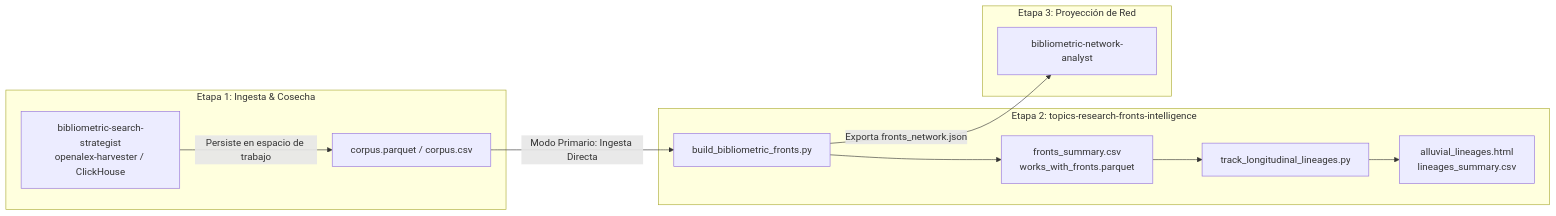
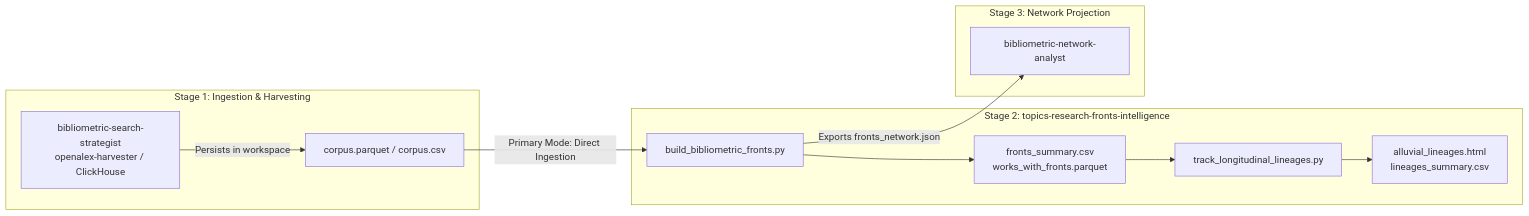
One commit to chilti/sos-mcp-services changed the first of 3 diagrams in .agents/skills/topics-research-fronts-intelligence/SKILL.md. Above: the diagram before and after it, drawn with Mermaid. The commit also changed other lines of this file and 129 other files, not shown here.

````diff
--- a/.agents/skills/topics-research-fronts-intelligence/SKILL.md
+++ b/.agents/skills/topics-research-fronts-intelligence/SKILL.md
@@ -29,15 +31,15 @@
 ```mermaid
 flowchart LR
-    subgraph Etapa_Previa["Etapa 1: Ingesta & Cosecha"]
-        H["bibliometric-search-strategist<br>openalex-harvester / ClickHouse"] -->|Persiste en espacio de trabajo| W["corpus.parquet / corpus.csv"]
+    subgraph Stage_1["Stage 1: Ingestion & Harvesting"]
+        H["bibliometric-search-strategist<br>openalex-harvester / ClickHouse"] -->|Persists in workspace| W["corpus.parquet / corpus.csv"]
     end
-    subgraph Esta_Skill["Etapa 2: topics-research-fronts-intelligence"]
-        W -->|Modo Primario: Ingesta Directa| F["build_bibliometric_fronts.py"]
+    subgraph Stage_2["Stage 2: topics-research-fronts-intelligence"]
+        W -->|Primary Mode: Direct Ingestion| F["build_bibliometric_fronts.py"]
         F --> S["fronts_summary.csv<br>works_with_fronts.parquet"]
         S --> L["track_longitudinal_lineages.py"]
         L --> A["alluvial_lineages.html<br>lineages_summary.csv"]
     end
-    subgraph Visualizacion["Etapa 3: Proyección de Red"]
-        F -->|Exporta fronts_network.json| V["bibliometric-network-analyst"]
+    subgraph Visualization["Stage 3: Network Projection"]
+        F -->|Exports fronts_network.json| V["bibliometric-network-analyst"]
     end
 ```
````
